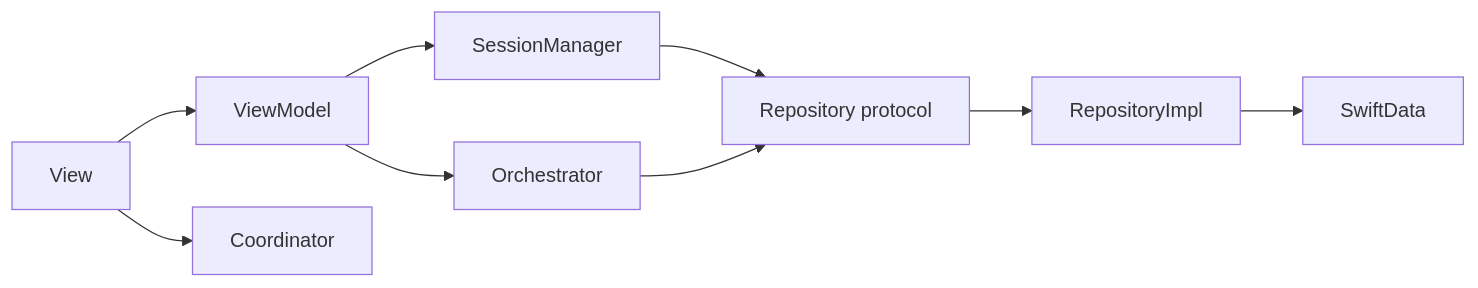
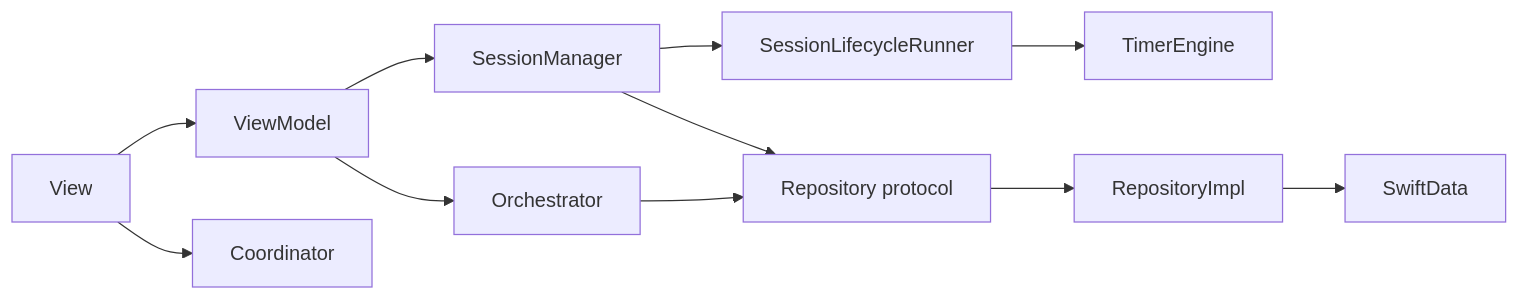
Before and after one commit to nguyenquanghuy22041990/FocusUp: the first of 2 diagrams in docs/interview-guide/02-architecture.md, drawn with Mermaid. The commit also changed other lines of this file and 11 other files, not shown here.

````diff
--- a/docs/interview-guide/02-architecture.md
+++ b/docs/interview-guide/02-architecture.md
@@ -16,11 +16,13 @@
 ```mermaid
 flowchart LR
     View --> VM[ViewModel]
     View --> Coord[Coordinator]
     VM --> Mgr[SessionManager]
+    Mgr --> SLR[SessionLifecycleRunner]
+    SLR --> TE[TimerEngine]
     VM --> Orch[Orchestrator]
     Mgr --> Repo[Repository protocol]
     Orch --> Repo
     Repo --> Impl[RepositoryImpl]
     Impl --> SD[SwiftData]
 ```
````
